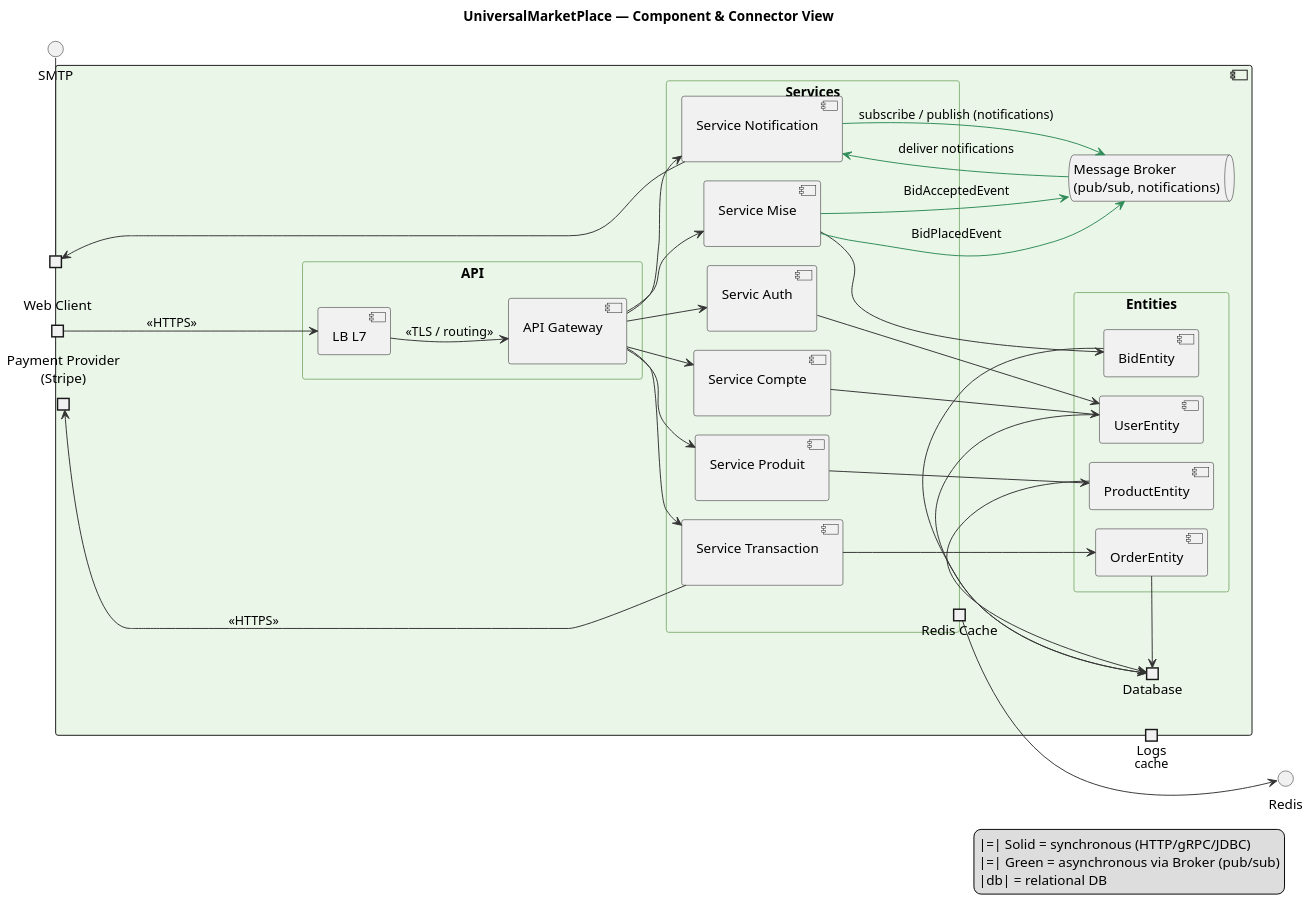
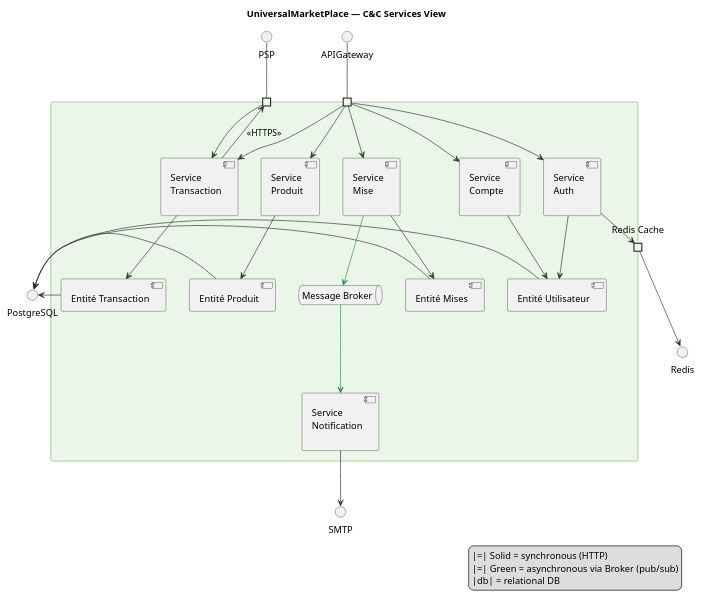
Before and after one commit to LucasPierru/MGL844-Projet-1-UniversalMarketPlace: the diagram in cnc.puml, drawn with PlantUML. The commit also changed 9 other files, not shown here.

```diff
--- a/cnc.puml
+++ b/cnc.puml
@@ -1,125 +1,83 @@
 @startuml Compact_SEI_ECom_CnC_v2
-' Compact SEI-style Component & Connector view (actor-free)
-' DB shown with JDBC access and entity components
-
-left to right direction
-skinparam dpi 140
-/' skinparam componentStyle rectangle '/
+/' skinparam dpi 140 '/
 skinparam shadowing false
 skinparam defaultFontName "Arial"
 skinparam ArrowColor #333
-skinparam nodesep 20
-skinparam ranksep 30
+/' skinparam nodesep 40
+skinparam ranksep 80 '/
 
-title UniversalMarketPlace — Component & Connector View
-
+title UniversalMarketPlace — C&C Services View
 ' System boundary
-component " " as SYS #eaf6e8 {
+rectangle " " as SYS #eaf6e8 {
   skinparam rectangle {
     BackgroundColor #eaf6e8
     BorderColor #88b379
   }
 
-  ' Edge / API row
-  rectangle "API" as API {
-    [LB L7] as LB
-    [API Gateway\n] as APIGW
-  }
+  component "Service\nAuth\n" as AuthSvc
+  component "Service\nCompte\n" as UserSvc
+  component "Service\nProduit\n" as ProductSvc
+  component "Service\nMise\n" as BidSvc
+  component "Service\nTransaction\n" as TxSvc
+  component "Service\nNotification\n" as NotifSvc
 
+  component "Entité Utilisateur" as UserEntity
+  component "Entité Produit" as ProdEntity
+  component "Entité Mises" as BidEntity
+  component "Entité Transaction" as OrderEntity
 
-  rectangle "Services" as Services {
-    component "Servic Auth\n" as AuthSvc
-    component "Service Compte\n" as UserSvc
-    component "Service Produit\n" as ProductSvc
-    component "Service Mise\n" as BidSvc
-    component "Service Transaction\n" as TxSvc
-    component "Service Notification\n" as NotifSvc
-    portout "Redis Cache" as RedisSvc
-  }
-
-
-  ' Workers & infra
-  /' [Worker Pool\n(async jobs)] as Workers '/
-  queue "Message Broker\n(pub/sub, notifications)" as Broker
-
-  ' Database entities
-  rectangle "Entities" as Entities {
-    component "UserEntity" as UserEntity
-    component "ProductEntity" as ProdEntity
-    component "BidEntity" as BidEntity
-    component "OrderEntity" as OrderEntity
-  }
-
+  /' component "Database" as dbport '/
+  
+  queue "Message Broker" as Broker
+  
   ' Ports
-  portout "Database" as dbport
-  portin "Web Client" as webClient
-  portout "Logs" as Logs
-  port "Payment Provider\n(Stripe)" as PaymentExt
-  port " " as CommExt
+  portout "Redis Cache" as RedisSvc
+/'   portout " " as dbport '/
+  portin " " as APIGW
+  port " " as PaymentExt
 }
 ' ---------- Connectors ----------
-' Client to Load Balancer
-webClient --> LB : <<HTTPS>>
-
-' Edge to API
-LB --> APIGW : <<TLS / routing>>
-/' CDN --> APIGW : <<CDN>> '/
 ' Redis
-RedisSvc --> Redis : cache
+RedisSvc --> Redis
 
 ' API to services
 APIGW --> AuthSvc
 APIGW --> UserSvc
 APIGW --> ProductSvc
 APIGW --> BidSvc
 APIGW --> TxSvc
-APIGW --> NotifSvc
 
 ' Services to DB (JDBC arrows labeled)
-AuthSvc -r-> UserEntity
-UserSvc -r-> UserEntity
+AuthSvc -d-> UserEntity
+UserSvc -d-> UserEntity
 ProductSvc --> ProdEntity
 BidSvc --> BidEntity
 TxSvc --> OrderEntity
 
 ' Entities -> DB (explicit, like your example)
-UserEntity -right-> dbport
-ProdEntity -right-> dbport
-BidEntity -right-> dbport
-OrderEntity -right-> dbport
-/' dbport -b-> PostgreSQL '/
+UserEntity -l-> PostgreSQL
+ProdEntity -l-> PostgreSQL
+BidEntity -l-> PostgreSQL
+OrderEntity -l-> PostgreSQL
 
-
+AuthSvc --> RedisSvc
 
 ' Broker (async notification flows)
-BidSvc -[#2E8B57]-> Broker : BidPlacedEvent
-Broker -[#2E8B57]-> NotifSvc : deliver notifications
-NotifSvc -[#2E8B57]-> Broker : subscribe / publish (notifications)
-
-' Supplier accept flow: BidSvc publishes acceptance to Broker which NotifSvc uses to notify client
-BidSvc -[#2E8B57]-> Broker : BidAcceptedEvent
+BidSvc -[#2E8B57]-> Broker
+Broker -[#2E8B57]-> NotifSvc
 
 ' Transaction flow (NO broker between Bid acceptance and TxSvc)
 TxSvc -r-> PaymentExt : <<HTTPS>>
-/' TxSvc -r-> NotifSvc '/
-NotifSvc --> CommExt
-SMTP - CommExt
+PaymentExt -r-> TxSvc
+NotifSvc --> SMTP
+PSP -- PaymentExt
+APIGateway -- APIGW
 
-' Workers for batch jobs (still can consume broker if needed)
-/' Workers --> Broker : consume bkg tasks
-Workers --> dbport : write job results '/
-
-' Minimal notes
-/' note left of BidSvc
-  BidSvc responsibilities:
-  - manage bid lifecycle
-  - publish bid events to Broker for notifications
-end note '/
 
 legend right
-  |=| Solid = synchronous (HTTP/gRPC/JDBC)
+  |=| Solid = synchronous (HTTP)
   |=| Green = asynchronous via Broker (pub/sub)
   |db| = relational DB
 end legend
 
 @enduml
```
